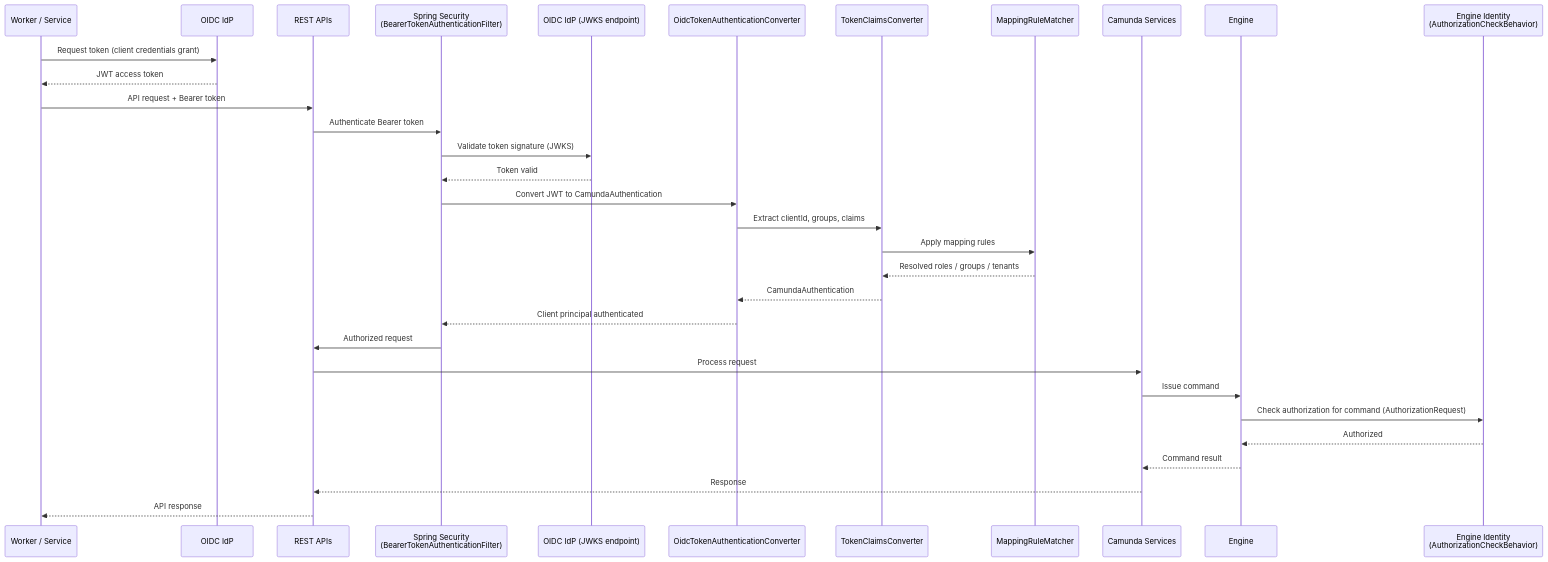
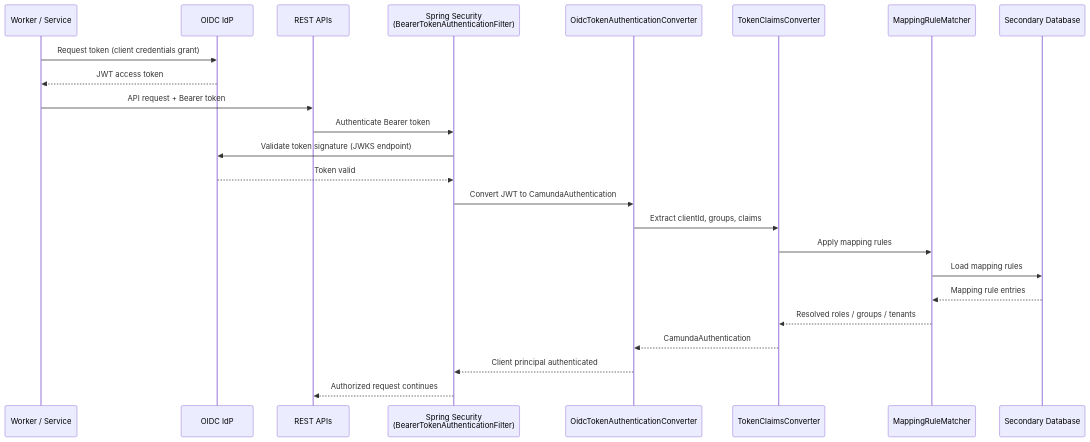
Diagram 11 of 14 in docs/identity/architecture-documentation.md (camunda/camunda), drawn with Mermaid before and after one commit. The commit also changed other lines of this file, not shown here.

Commit message:
docs: separate Basic Auth and OIDC diagrams in building blocks and runtime view

````diff
--- a/docs/identity/architecture-documentation.md
+++ b/docs/identity/architecture-documentation.md
@@ -454,35 +513,27 @@
 ```mermaid
 sequenceDiagram
   participant WORKER as Worker / Service
   participant IDP as OIDC IdP
   participant REST as REST APIs
   participant SS as Spring Security<br/>(BearerTokenAuthenticationFilter)
-  participant IDP_JWKS as OIDC IdP (JWKS endpoint)
   participant TOKEN_CONV as OidcTokenAuthenticationConverter
   participant CLAIMS as TokenClaimsConverter
   participant MAPPING as MappingRuleMatcher
-  participant CAMUNDA_SERVICES as Camunda Services
-  participant ENGINE as Engine
-  participant ENGINE_IDENTITY as Engine Identity<br/>(AuthorizationCheckBehavior)
+  participant SECONDARY_DB as Secondary Database
 
   WORKER->>IDP: Request token (client credentials grant)
   IDP-->>WORKER: JWT access token
   WORKER->>REST: API request + Bearer token
   REST->>SS: Authenticate Bearer token
-  SS->>IDP_JWKS: Validate token signature (JWKS)
-  IDP_JWKS-->>SS: Token valid
+  SS->>IDP: Validate token signature (JWKS endpoint)
+  IDP-->>SS: Token valid
   SS->>TOKEN_CONV: Convert JWT to CamundaAuthentication
   TOKEN_CONV->>CLAIMS: Extract clientId, groups, claims
   CLAIMS->>MAPPING: Apply mapping rules
+  MAPPING->>SECONDARY_DB: Load mapping rules
+  SECONDARY_DB-->>MAPPING: Mapping rule entries
   MAPPING-->>CLAIMS: Resolved roles / groups / tenants
   CLAIMS-->>TOKEN_CONV: CamundaAuthentication
   TOKEN_CONV-->>SS: Client principal authenticated
-  SS->>REST: Authorized request
-  REST->>CAMUNDA_SERVICES: Process request
-  CAMUNDA_SERVICES->>ENGINE: Issue command
-  ENGINE->>ENGINE_IDENTITY: Check authorization for command (AuthorizationRequest)
-  ENGINE_IDENTITY-->>ENGINE: Authorized
-  ENGINE-->>CAMUNDA_SERVICES: Command result
-  CAMUNDA_SERVICES-->>REST: Response
-  REST-->>WORKER: API response
+  SS-->>REST: Authorized request continues
 ```
````
